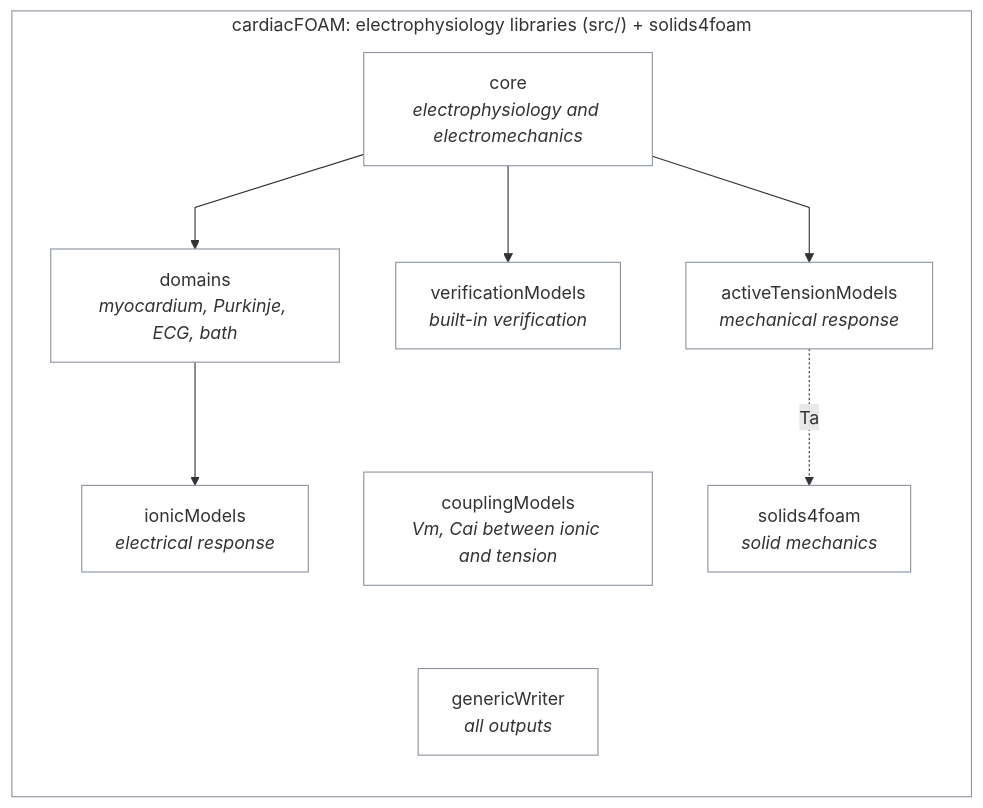
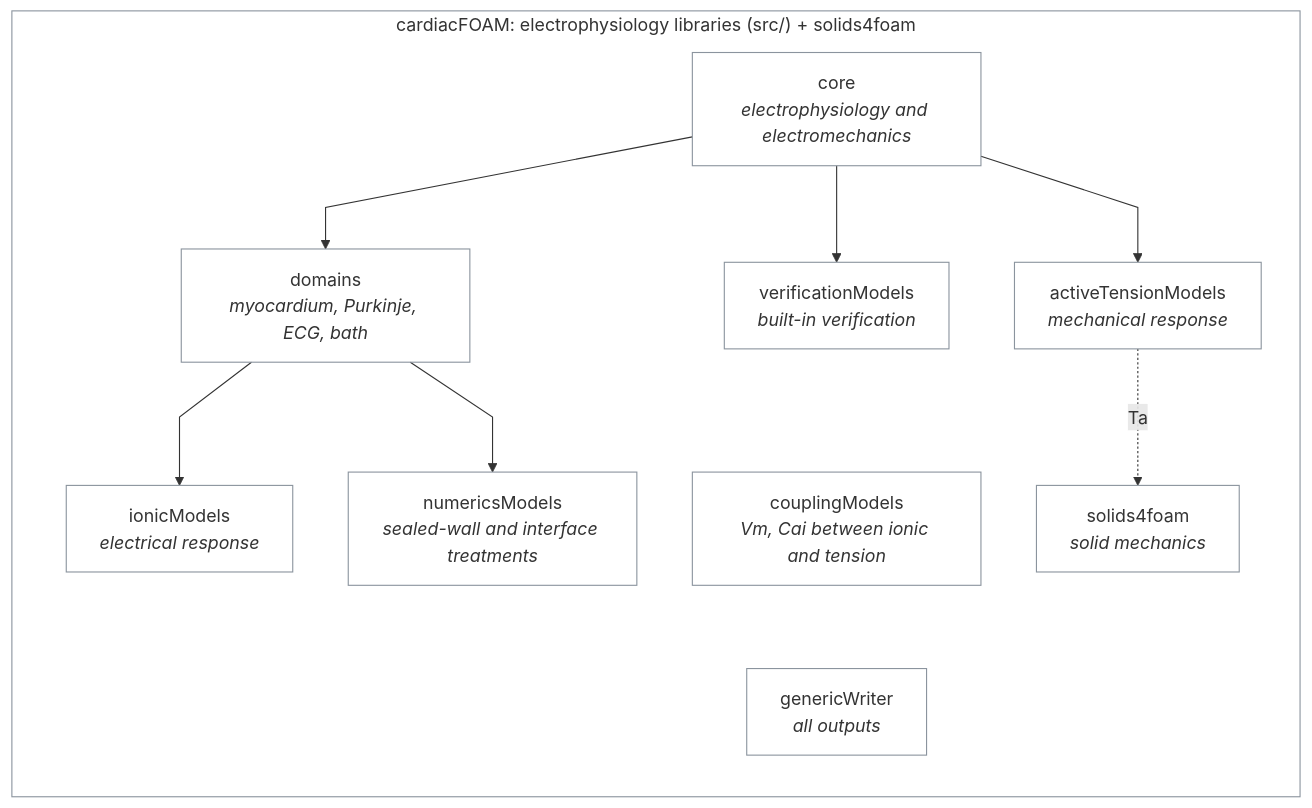
One commit to solids4foam/cardiacFoam changed the diagram in src/README.md. Above: the diagram before and after it, drawn with Mermaid. The commit also changed other lines of this file and 22 other files, not shown here.

First line of the commit message:
refactor(numericsModels): sealed-wall and heart-bath interface numerics in their own library

````diff
--- a/src/README.md
+++ b/src/README.md
@@ -16,24 +16,26 @@
 ```mermaid
 %%{init: {"flowchart": {"curve": "linear"}}}%%
 flowchart TB
     subgraph CF["cardiacFOAM: electrophysiology libraries (src/) + solids4foam"]
         direction TB
         CORE["core<br/><i>electrophysiology and electromechanics</i>"]
         DOM["domains<br/><i>myocardium, Purkinje, ECG, bath</i>"]
         VER["verificationModels<br/><i>built-in verification</i>"]
         AT["activeTensionModels<br/><i>mechanical response</i>"]
         ION["ionicModels<br/><i>electrical response</i>"]
+        NUM["numericsModels<br/><i>sealed-wall and interface treatments</i>"]
         CM["couplingModels<br/><i>Vm, Cai between ionic and tension</i>"]
         S4F["solids4foam<br/><i>solid mechanics</i>"]
         GW["genericWriter<br/><i>all outputs</i>"]
     end
     CORE --> DOM
     CORE --> VER
     CORE --> AT
     DOM --> ION
+    DOM --> NUM
     VER ~~~ CM
     AT -.->|"Ta"| S4F
     CM ~~~ GW
     classDef default fill:none,stroke:#8b949e,stroke-width:1px
     style CF fill:none,stroke:#8b949e
 ```
````
